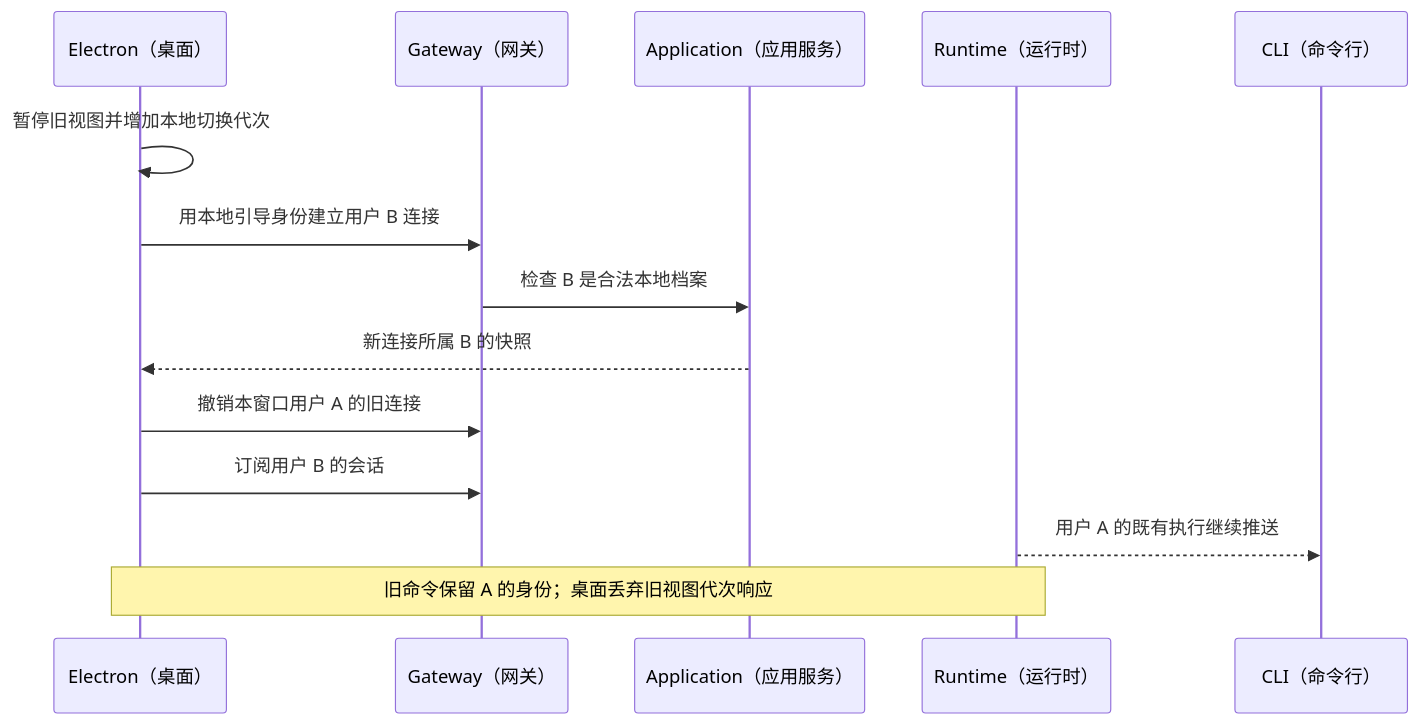
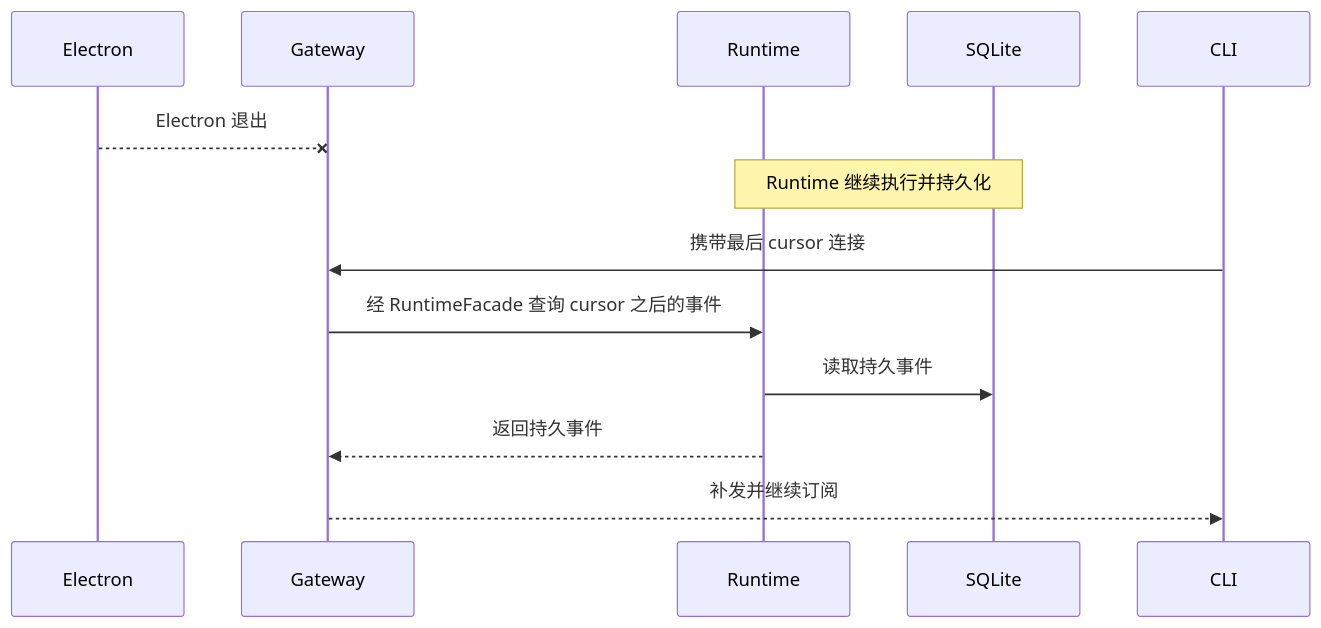
Before and after one commit to CodeDan-CN/agent-base-harness: the sixth of 6 diagrams in docs/阶段方案/阶段4.7.0-Runtime独立化开发架构设计.md, drawn with Mermaid. The commit also changed other lines of this file and 53 other files, not shown here.

````diff
--- a/docs/阶段方案/阶段4.7.0-Runtime独立化开发架构设计.md
+++ b/docs/阶段方案/阶段4.7.0-Runtime独立化开发架构设计.md
@@ -864,16 +498,16 @@
 ```mermaid
 sequenceDiagram
-    participant E as Electron（桌面）
-    participant G as Gateway（网关）
-    participant A as Application（应用服务）
-    participant R as Runtime（运行时）
-    participant C as CLI（命令行）
-    E->>E: 暂停旧视图并增加本地切换代次
-    E->>G: 用本地引导身份建立用户 B 连接
-    G->>A: 检查 B 是合法本地档案
-    A-->>E: 新连接所属 B 的快照
-    E->>G: 撤销本窗口用户 A 的旧连接
-    E->>G: 订阅用户 B 的会话
-    R-->>C: 用户 A 的既有执行继续推送
-    Note over E,R: 旧命令保留 A 的身份；桌面丢弃旧视图代次响应
+    participant E as Electron
+    participant G as Gateway
+    participant R as Runtime
+    participant D as SQLite
+    participant C as CLI
+
+    E--xG: Electron 退出
+    Note over R,D: Runtime 继续执行并持久化
+    C->>G: 携带最后 cursor 连接
+    G->>R: 经 RuntimeFacade 查询 cursor 之后的事件
+    R->>D: 读取持久事件
+    R-->>G: 返回持久事件
+    G-->>C: 补发并继续订阅
 ```
````
